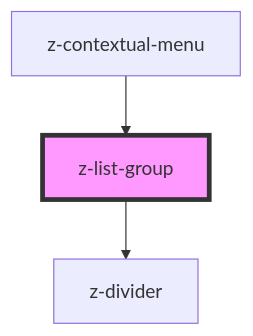
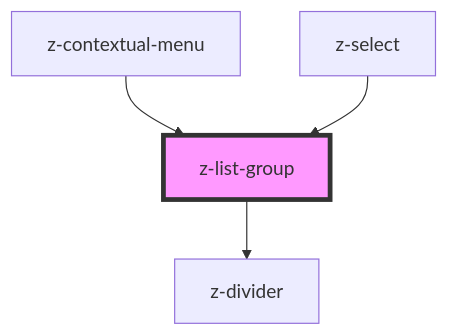
Before and after one commit to ZanichelliEditore/design-system: the diagram in src/components/list/z-list-group/readme.md, drawn with Mermaid. The commit also changed other lines of this file and 3 other files, not shown here.

````diff
--- a/src/components/list/z-list-group/readme.md
+++ b/src/components/list/z-list-group/readme.md
@@ -27,6 +28,7 @@
 ```mermaid
 graph TD;
   z-list-group --> z-divider
   z-contextual-menu --> z-list-group
+  z-select --> z-list-group
   style z-list-group fill:#f9f,stroke:#333,stroke-width:4px
 ```
````
